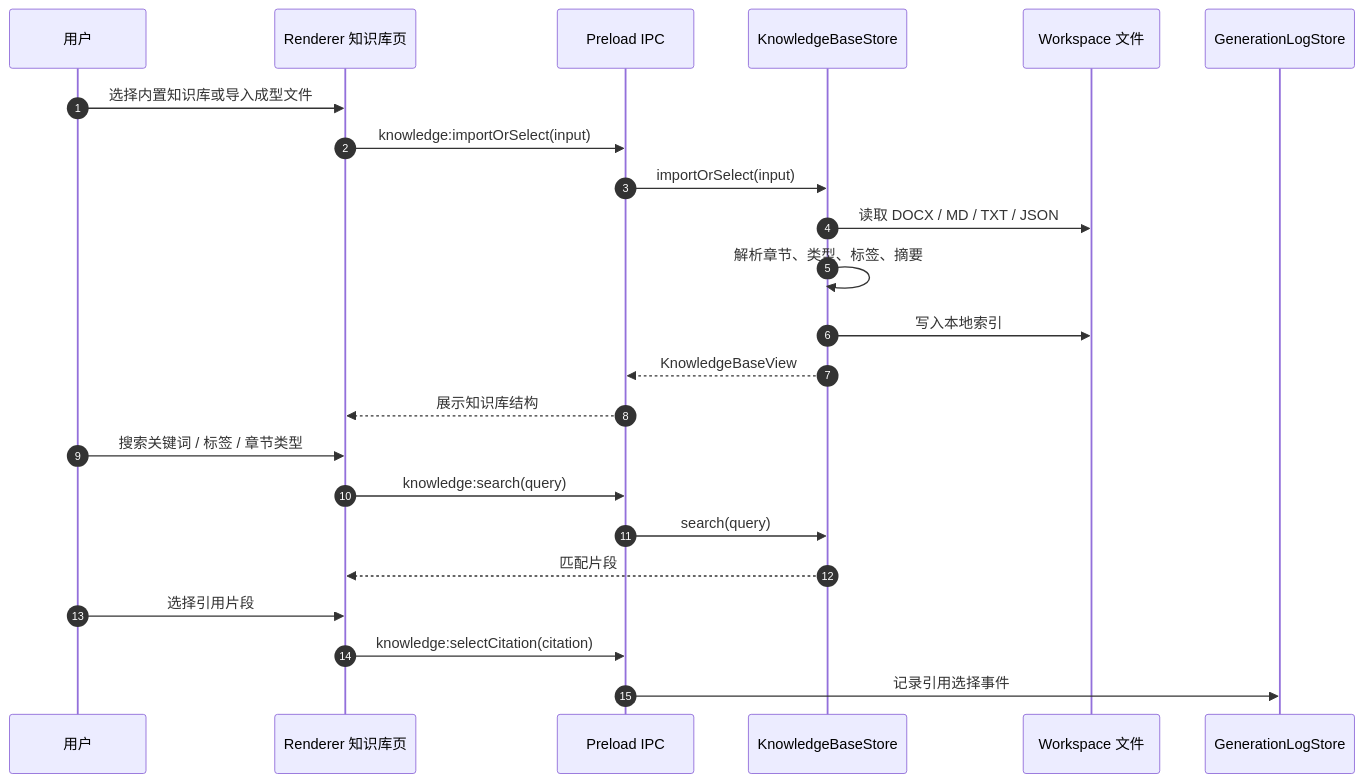
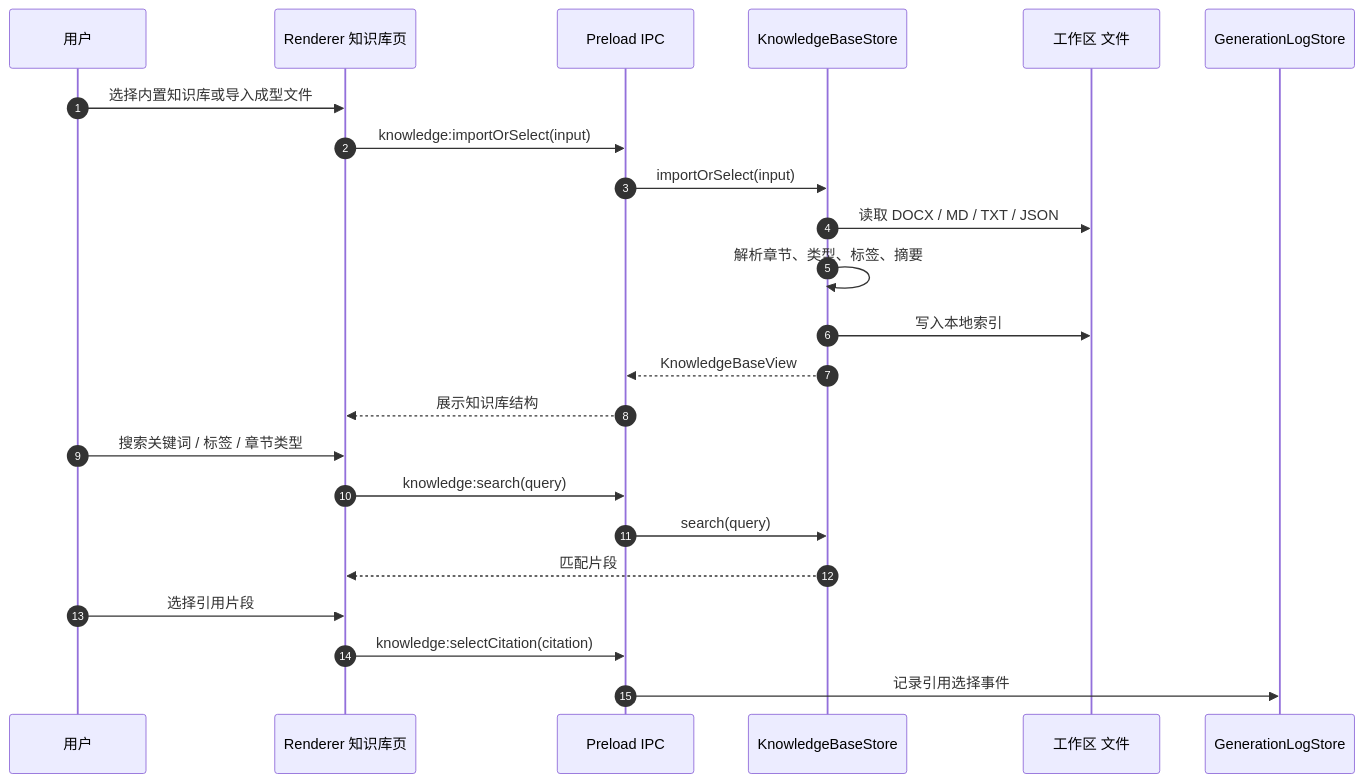
One commit to limecloud/content-studio changed the third of 8 diagrams in docs/roadmap/v1/architecture-diagrams.md. Above: the diagram before and after it, drawn with Mermaid. The commit also changed other lines of this file and 51 other files, not shown here.

````diff
--- a/docs/roadmap/v1/architecture-diagrams.md
+++ b/docs/roadmap/v1/architecture-diagrams.md
@@ -140,26 +147,26 @@
 ```mermaid
 sequenceDiagram
   autonumber
   participant U as 用户
   participant R as Renderer 知识库页
   participant P as Preload IPC
   participant K as KnowledgeBaseStore
-  participant F as Workspace 文件
+  participant F as 工作区 文件
   participant L as GenerationLogStore
 
   U->>R: 选择内置知识库或导入成型文件
   R->>P: knowledge:importOrSelect(input)
   P->>K: importOrSelect(input)
   K->>F: 读取 DOCX / MD / TXT / JSON
   K->>K: 解析章节、类型、标签、摘要
   K->>F: 写入本地索引
   K-->>P: KnowledgeBaseView
   P-->>R: 展示知识库结构
   U->>R: 搜索关键词 / 标签 / 章节类型
   R->>P: knowledge:search(query)
   P->>K: search(query)
   K-->>R: 匹配片段
   U->>R: 选择引用片段
   R->>P: knowledge:selectCitation(citation)
   P->>L: 记录引用选择事件
 ```
````
